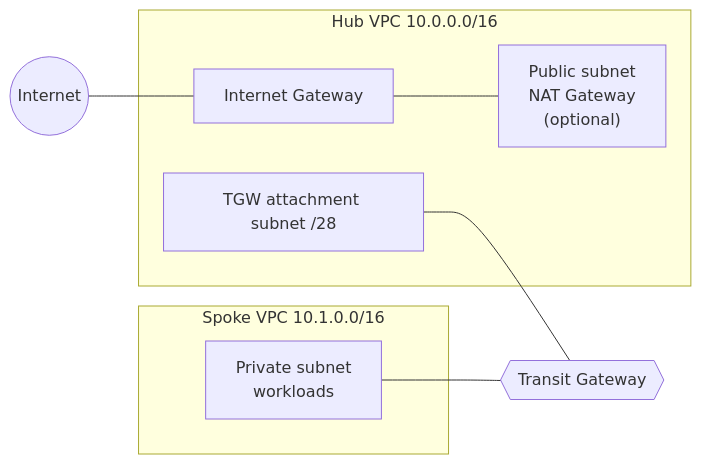
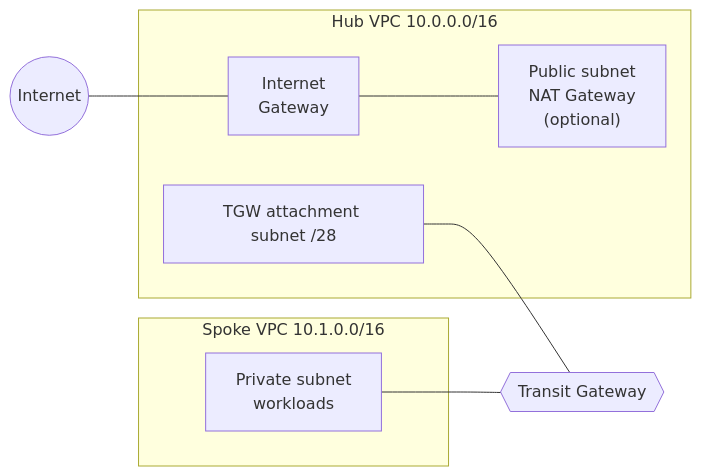
The diagram in README.md (samartinezcuello/enterprise-cloud-network-automation), drawn with Mermaid before and after one commit. The commit also changed 3 other files, not shown here.

````diff
--- a/README.md
+++ b/README.md
@@ -9,17 +9,17 @@
 ```mermaid
 flowchart LR
-    Internet((Internet)) --- IGW[Internet Gateway ]
+    Internet((Internet)) --- IGW[Internet<br/>Gateway]
 
     subgraph HUB["Hub VPC 10.0.0.0/16"]
         IGW --- PUB["Public subnet<br/>NAT Gateway<br/>(optional)"]
         TGWSN["TGW attachment subnet /28"]
     end
 
     subgraph SPOKE["Spoke VPC 10.1.0.0/16"]
         PRIV["Private subnet<br/>workloads"]
     end
 
     TGW{{Transit Gateway}}
     TGWSN --- TGW
     PRIV --- TGW
 ```
````
